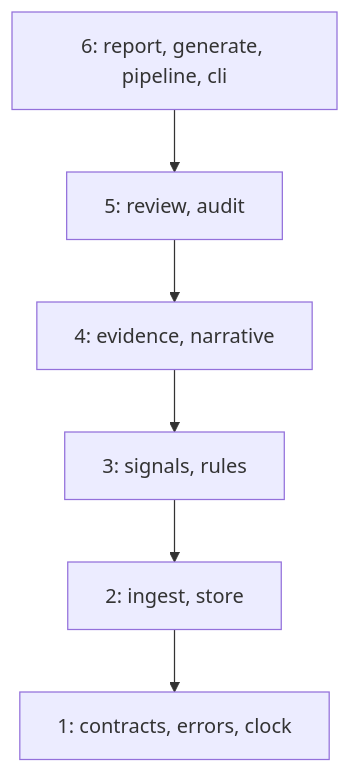
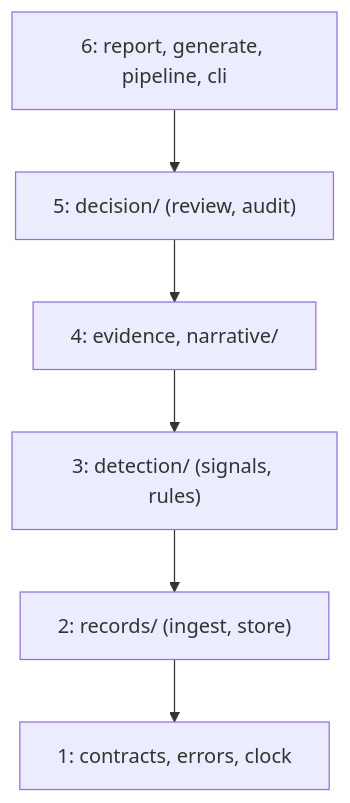
Before and after one commit to johncorrigan/westpac_mule_triage: the diagram in evidence/design.md, drawn with Mermaid. The commit also changed other lines of this file and 37 other files, not shown here.

First line of the commit message:
Group the modules into records, detection and decision subpackages

````diff
--- a/evidence/design.md
+++ b/evidence/design.md
@@ -12,8 +12,8 @@
 ```mermaid
 flowchart TD
-    L6["6: report, generate, pipeline, cli"] --> L5["5: review, audit"]
-    L5 --> L4["4: evidence, narrative"]
-    L4 --> L3["3: signals, rules"]
-    L3 --> L2["2: ingest, store"]
+    L6["6: report, generate, pipeline, cli"] --> L5["5: decision/ (review, audit)"]
+    L5 --> L4["4: evidence, narrative/"]
+    L4 --> L3["3: detection/ (signals, rules)"]
+    L3 --> L2["2: records/ (ingest, store)"]
     L2 --> L1["1: contracts, errors, clock"]
 ```
````
